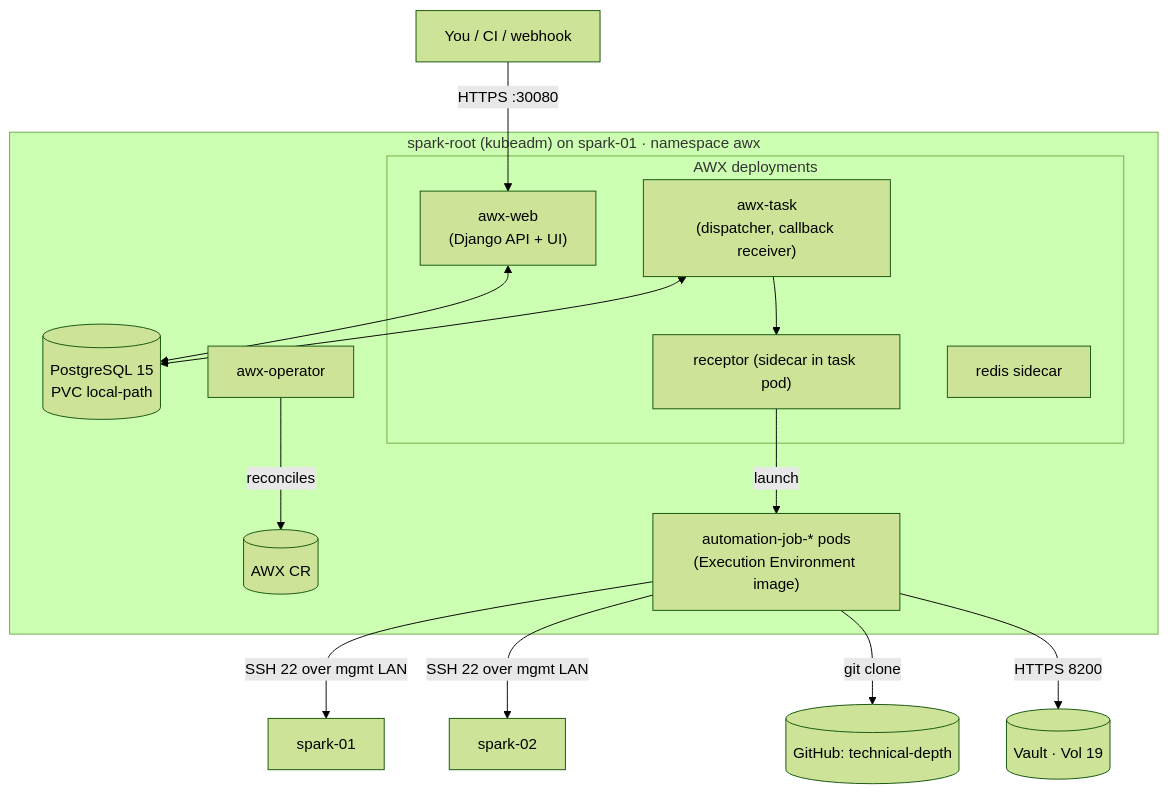
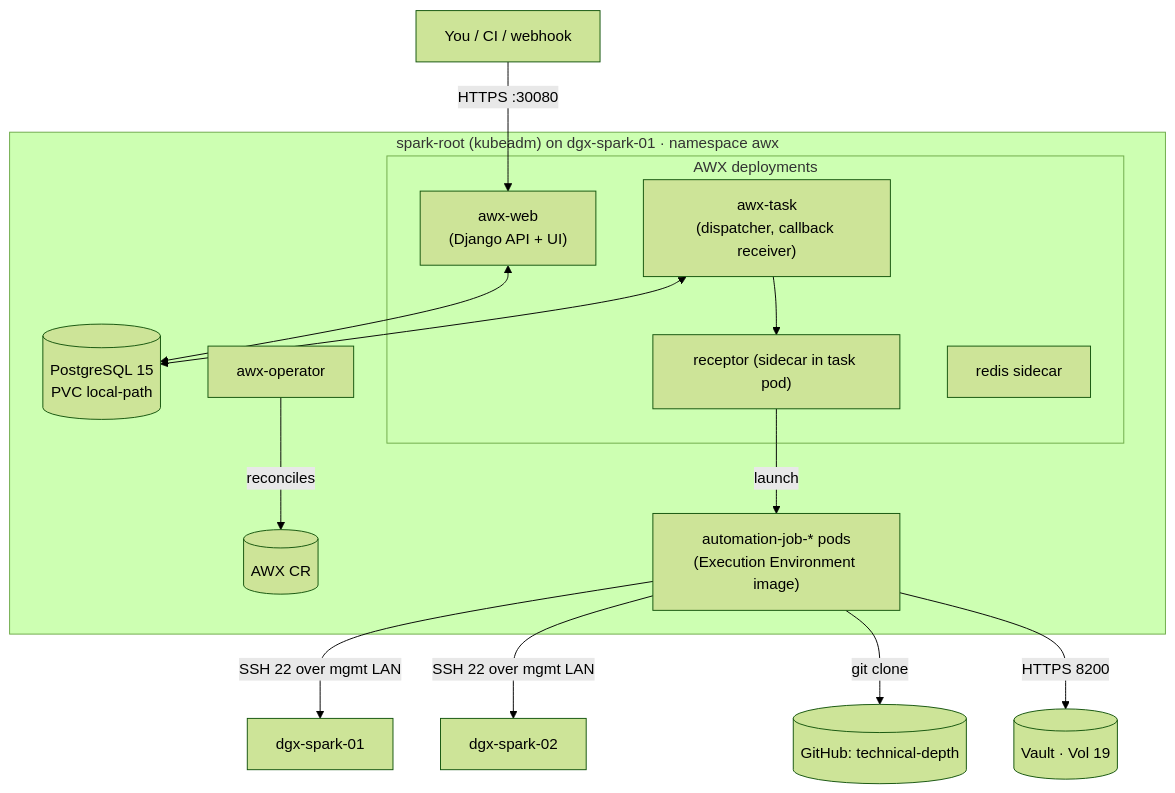
The first of 2 diagrams in 01 Ansible/02-ansible-tower-awx-deep-dive.md (cloudone365/technical-depth), drawn with Mermaid (forest theme) before and after one commit. The commit also changed other lines of this file and 88 other files, not shown here.

First line of the commit message:
Rename the Spark hosts to dgx-spark-01 / dgx-spark-02

````diff
--- a/01 Ansible/02-ansible-tower-awx-deep-dive.md
+++ b/01 Ansible/02-ansible-tower-awx-deep-dive.md
@@ -21,21 +21,21 @@
 ```mermaid
 flowchart TB
   U["You / CI / webhook"] -->|HTTPS :30080| WEB
-  subgraph ROOT["spark-root (kubeadm) on spark-01 · namespace awx"]
+  subgraph ROOT["spark-root (kubeadm) on dgx-spark-01 · namespace awx"]
     OP[awx-operator] -->|reconciles| CR[(AWX CR)]
     subgraph AWXPOD[AWX deployments]
       WEB["awx-web<br/>(Django API + UI)"]
       TASK["awx-task<br/>(dispatcher, callback receiver)"]
       RCPT["receptor (sidecar in task pod)"]
       REDIS[redis sidecar]
     end
     PG[(PostgreSQL 15<br/>PVC local-path)]
     JOB["automation-job-* pods<br/>(Execution Environment image)"]
   end
   WEB <--> PG
   TASK <--> PG
   TASK --> RCPT -->|launch| JOB
-  JOB -->|SSH 22 over mgmt LAN| S1[spark-01] & S2[spark-02]
+  JOB -->|SSH 22 over mgmt LAN| S1[dgx-spark-01] & S2[dgx-spark-02]
   JOB -->|git clone| GH[(GitHub: technical-depth)]
   JOB -->|HTTPS 8200| V[(Vault · Vol 19)]
 ```
````
